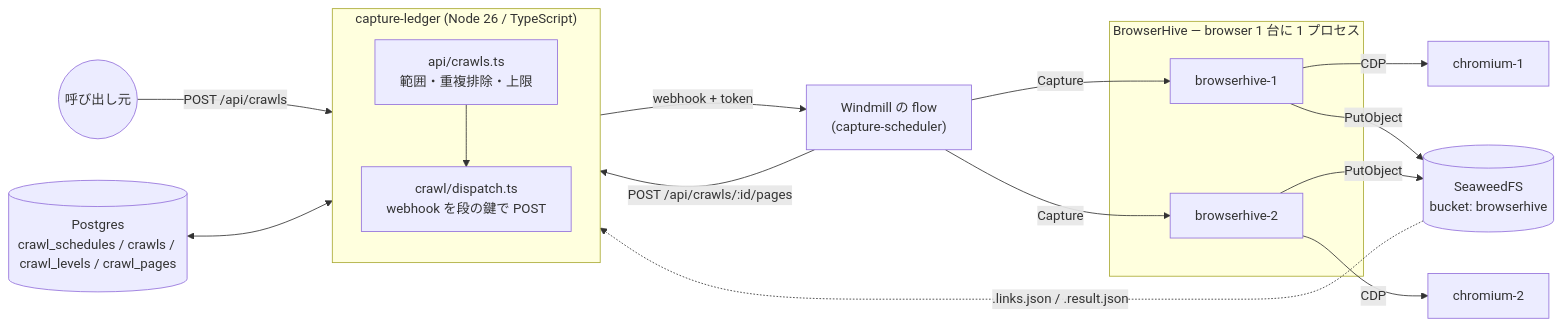
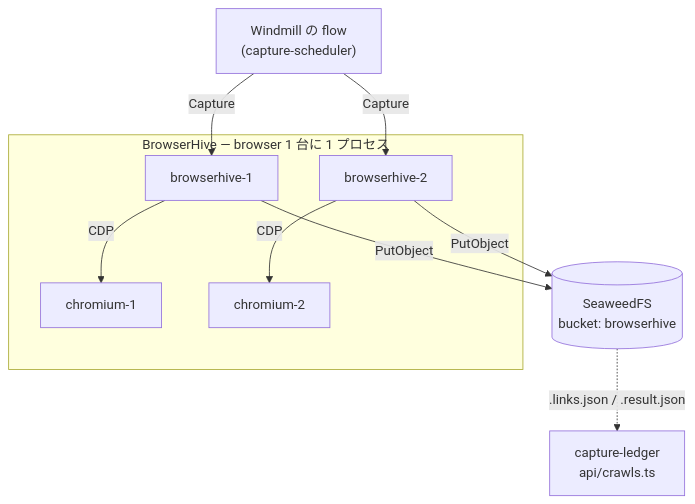
Before and after one commit to uraitakahito/capture-ledger: the second of 4 diagrams in docs-site/src/content/docs/ja/architecture.mdx, drawn with Mermaid. The commit also changed other lines of this file and 2 other files, not shown here.

First line of the commit message:
docs: architecture の図を縦向きにして割る（CAPTURE-286） (#505)

````diff
--- a/docs-site/src/content/docs/ja/architecture.mdx
+++ b/docs-site/src/content/docs/ja/architecture.mdx
@@ -8,24 +31,17 @@
 ```mermaid
-flowchart LR
-  U((呼び出し元)) -->|"POST /api/crawls"| W
-  PG[("Postgres<br/>crawl_schedules / crawls / crawl_levels / crawl_pages")] <--> W
-  subgraph W["capture-ledger (Node 26 / TypeScript)"]
-    direction TB
-    API["api/crawls.ts<br/>範囲・重複排除・上限"]
-    DIS["crawl/dispatch.ts<br/>webhook を段の鍵で POST"]
-    API --> DIS
-  end
-  DIS -->|"webhook + token"| WM["Windmill の flow<br/>(capture-scheduler)"]
+---
+config:
+  layout: dagre
+---
+flowchart TB
+  WM["Windmill の flow<br/>(capture-scheduler)"]
   WM -->|Capture| BH1
   WM -->|Capture| BH2
   subgraph BH["BrowserHive — browser 1 台に 1 プロセス"]
-    BH1[browserhive-1]
-    BH2[browserhive-2]
+    BH1[browserhive-1] -->|CDP| C1[chromium-1]
+    BH2[browserhive-2] -->|CDP| C2[chromium-2]
   end
-  BH1 -->|CDP| C1[chromium-1]
-  BH2 -->|CDP| C2[chromium-2]
-  BH1 -->|PutObject| S3[(SeaweedFS<br/>bucket: browserhive)]
+  BH1 -->|PutObject| S3[("SeaweedFS<br/>bucket: browserhive")]
   BH2 -->|PutObject| S3
-  WM -->|"POST /api/crawls/:id/pages"| API
-  S3 -.->|".links.json / .result.json"| API
+  S3 -.->|".links.json / .result.json"| API["capture-ledger<br/>api/crawls.ts"]
 ```
````
